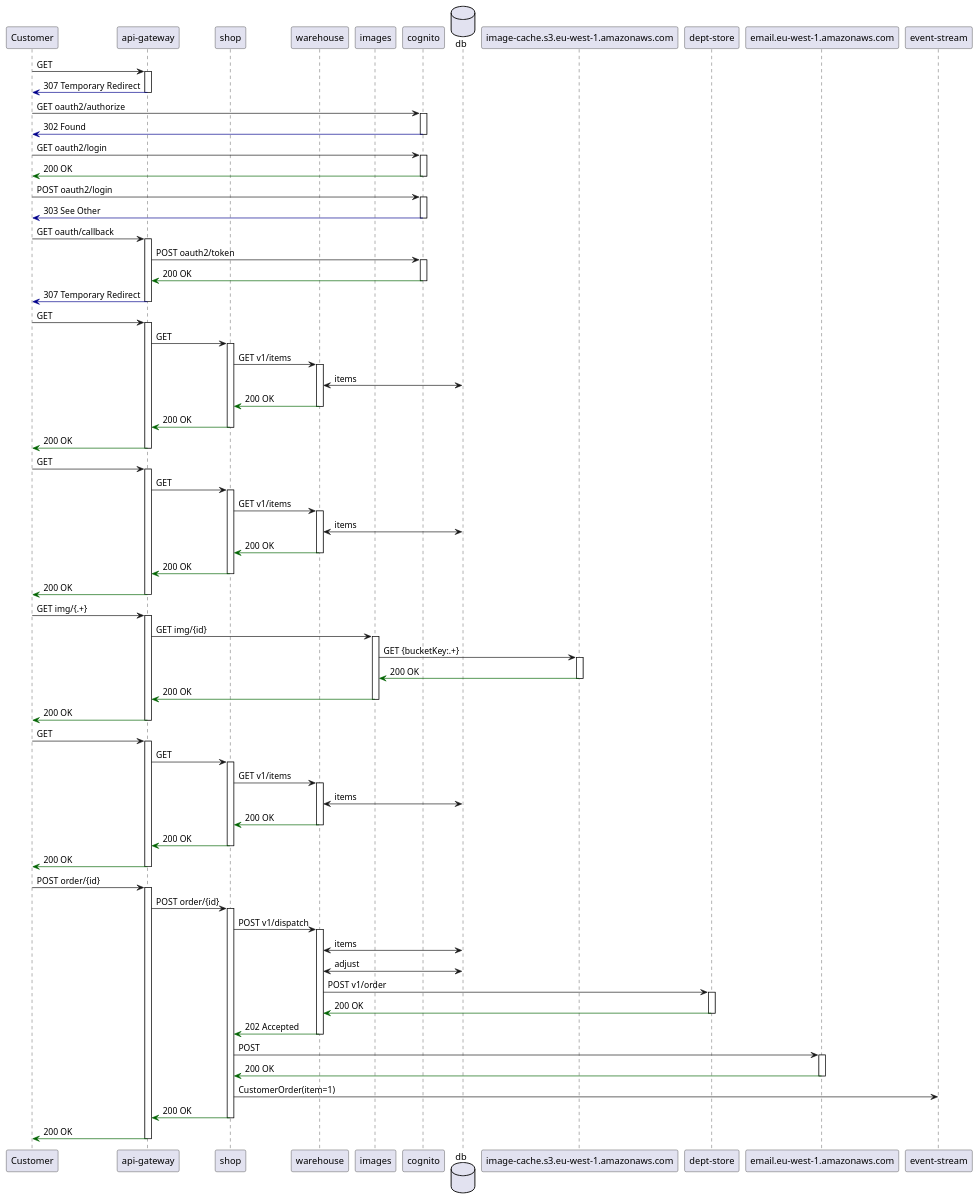
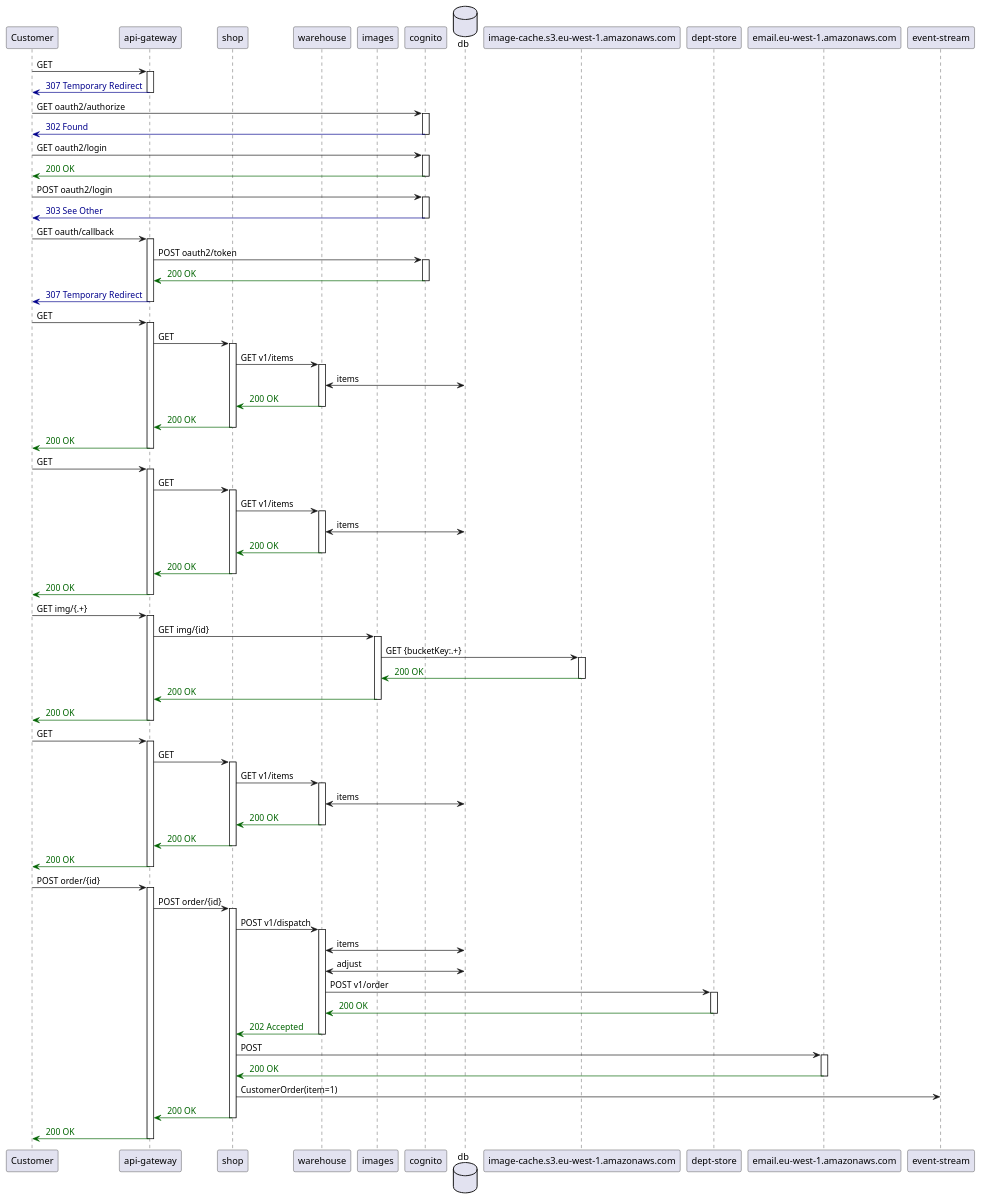
The diagram in .presentation/.generated/InMemoryEcommerceSystemTest - can load stock list and order item - Sequence.puml (http4k/exploring-the-testing-hyperpyramid), drawn with PlantUML before and after one commit. The commit also changed 3 other files, not shown here.

Commit message:
adding coloured sequence

```diff
--- a/.presentation/.generated/InMemoryEcommerceSystemTest - can load stock list and order item - Sequence.puml
+++ b/.presentation/.generated/InMemoryEcommerceSystemTest - can load stock list and order item - Sequence.puml
@@ -1,119 +1,119 @@
 @startuml
 participant "Customer"
 participant "api-gateway"
 participant "shop"
 participant "warehouse"
 participant "images"
 participant "cognito"
 database "db"
 participant "image-cache.s3.eu-west-1.amazonaws.com"
 participant "dept-store"
 participant "email.eu-west-1.amazonaws.com"
 participant "event-stream"
-"Customer" -> "api-gateway": GET 
+"Customer" -> "api-gateway": GET
 activate "api-gateway"
 
-"api-gateway" -[#DarkBlue]> "Customer": 307 Temporary Redirect
+"api-gateway" -[#DarkBlue]> "Customer": <color:DarkBlue> 307 Temporary Redirect
 deactivate "api-gateway"
 "Customer" -> "cognito": GET oauth2/authorize
 activate "cognito"
 
-"cognito" -[#DarkBlue]> "Customer": 302 Found
+"cognito" -[#DarkBlue]> "Customer": <color:DarkBlue> 302 Found
 deactivate "cognito"
 "Customer" -> "cognito": GET oauth2/login
 activate "cognito"
 
-"cognito" -[#DarkGreen]> "Customer": 200 OK
+"cognito" -[#DarkGreen]> "Customer": <color:DarkGreen> 200 OK
 deactivate "cognito"
 "Customer" -> "cognito": POST oauth2/login
 activate "cognito"
 
-"cognito" -[#DarkBlue]> "Customer": 303 See Other
+"cognito" -[#DarkBlue]> "Customer": <color:DarkBlue> 303 See Other
 deactivate "cognito"
 "Customer" -> "api-gateway": GET oauth/callback
 activate "api-gateway"
 "api-gateway" -> "cognito": POST oauth2/token
 activate "cognito"
 
-"cognito" -[#DarkGreen]> "api-gateway": 200 OK
+"cognito" -[#DarkGreen]> "api-gateway": <color:DarkGreen> 200 OK
 deactivate "cognito"
-"api-gateway" -[#DarkBlue]> "Customer": 307 Temporary Redirect
+"api-gateway" -[#DarkBlue]> "Customer": <color:DarkBlue> 307 Temporary Redirect
 deactivate "api-gateway"
-"Customer" -> "api-gateway": GET 
+"Customer" -> "api-gateway": GET
 activate "api-gateway"
-"api-gateway" -> "shop": GET 
+"api-gateway" -> "shop": GET
 activate "shop"
 "shop" -> "warehouse": GET v1/items
 activate "warehouse"
 "warehouse" <-> "db": items
-"warehouse" -[#DarkGreen]> "shop": 200 OK
+"warehouse" -[#DarkGreen]> "shop": <color:DarkGreen> 200 OK
 deactivate "warehouse"
-"shop" -[#DarkGreen]> "api-gateway": 200 OK
+"shop" -[#DarkGreen]> "api-gateway": <color:DarkGreen> 200 OK
 deactivate "shop"
-"api-gateway" -[#DarkGreen]> "Customer": 200 OK
+"api-gateway" -[#DarkGreen]> "Customer": <color:DarkGreen> 200 OK
 deactivate "api-gateway"
-"Customer" -> "api-gateway": GET 
+"Customer" -> "api-gateway": GET
 activate "api-gateway"
-"api-gateway" -> "shop": GET 
+"api-gateway" -> "shop": GET
 activate "shop"
 "shop" -> "warehouse": GET v1/items
 activate "warehouse"
 "warehouse" <-> "db": items
-"warehouse" -[#DarkGreen]> "shop": 200 OK
+"warehouse" -[#DarkGreen]> "shop": <color:DarkGreen> 200 OK
 deactivate "warehouse"
-"shop" -[#DarkGreen]> "api-gateway": 200 OK
+"shop" -[#DarkGreen]> "api-gateway": <color:DarkGreen> 200 OK
 deactivate "shop"
-"api-gateway" -[#DarkGreen]> "Customer": 200 OK
+"api-gateway" -[#DarkGreen]> "Customer": <color:DarkGreen> 200 OK
 deactivate "api-gateway"
 "Customer" -> "api-gateway": GET img/{.+}
 activate "api-gateway"
 "api-gateway" -> "images": GET img/{id}
 activate "images"
 "images" -> "image-cache.s3.eu-west-1.amazonaws.com": GET {bucketKey:.+}
 activate "image-cache.s3.eu-west-1.amazonaws.com"
 
-"image-cache.s3.eu-west-1.amazonaws.com" -[#DarkGreen]> "images": 200 OK
+"image-cache.s3.eu-west-1.amazonaws.com" -[#DarkGreen]> "images": <color:DarkGreen> 200 OK
 deactivate "image-cache.s3.eu-west-1.amazonaws.com"
-"images" -[#DarkGreen]> "api-gateway": 200 OK
+"images" -[#DarkGreen]> "api-gateway": <color:DarkGreen> 200 OK
 deactivate "images"
-"api-gateway" -[#DarkGreen]> "Customer": 200 OK
+"api-gateway" -[#DarkGreen]> "Customer": <color:DarkGreen> 200 OK
 deactivate "api-gateway"
-"Customer" -> "api-gateway": GET 
+"Customer" -> "api-gateway": GET
 activate "api-gateway"
-"api-gateway" -> "shop": GET 
+"api-gateway" -> "shop": GET
 activate "shop"
 "shop" -> "warehouse": GET v1/items
 activate "warehouse"
 "warehouse" <-> "db": items
-"warehouse" -[#DarkGreen]> "shop": 200 OK
+"warehouse" -[#DarkGreen]> "shop": <color:DarkGreen> 200 OK
 deactivate "warehouse"
-"shop" -[#DarkGreen]> "api-gateway": 200 OK
+"shop" -[#DarkGreen]> "api-gateway": <color:DarkGreen> 200 OK
 deactivate "shop"
-"api-gateway" -[#DarkGreen]> "Customer": 200 OK
+"api-gateway" -[#DarkGreen]> "Customer": <color:DarkGreen> 200 OK
 deactivate "api-gateway"
 "Customer" -> "api-gateway": POST order/{id}
 activate "api-gateway"
 "api-gateway" -> "shop": POST order/{id}
 activate "shop"
 "shop" -> "warehouse": POST v1/dispatch
 activate "warehouse"
 "warehouse" <-> "db": items
 "warehouse" <-> "db": adjust
 "warehouse" -> "dept-store": POST v1/order
 activate "dept-store"
 
-"dept-store" -[#DarkGreen]> "warehouse": 200 OK
+"dept-store" -[#DarkGreen]> "warehouse": <color:DarkGreen> 200 OK
 deactivate "dept-store"
-"warehouse" -[#DarkGreen]> "shop": 202 Accepted
+"warehouse" -[#DarkGreen]> "shop": <color:DarkGreen> 202 Accepted
 deactivate "warehouse"
-"shop" -> "email.eu-west-1.amazonaws.com": POST 
+"shop" -> "email.eu-west-1.amazonaws.com": POST
 activate "email.eu-west-1.amazonaws.com"
 
-"email.eu-west-1.amazonaws.com" -[#DarkGreen]> "shop": 200 OK
+"email.eu-west-1.amazonaws.com" -[#DarkGreen]> "shop": <color:DarkGreen> 200 OK
 deactivate "email.eu-west-1.amazonaws.com"
 "shop" -> "event-stream": CustomerOrder(item=1)
-"shop" -[#DarkGreen]> "api-gateway": 200 OK
+"shop" -[#DarkGreen]> "api-gateway": <color:DarkGreen> 200 OK
 deactivate "shop"
-"api-gateway" -[#DarkGreen]> "Customer": 200 OK
+"api-gateway" -[#DarkGreen]> "Customer": <color:DarkGreen> 200 OK
 deactivate "api-gateway"
 @enduml
```
